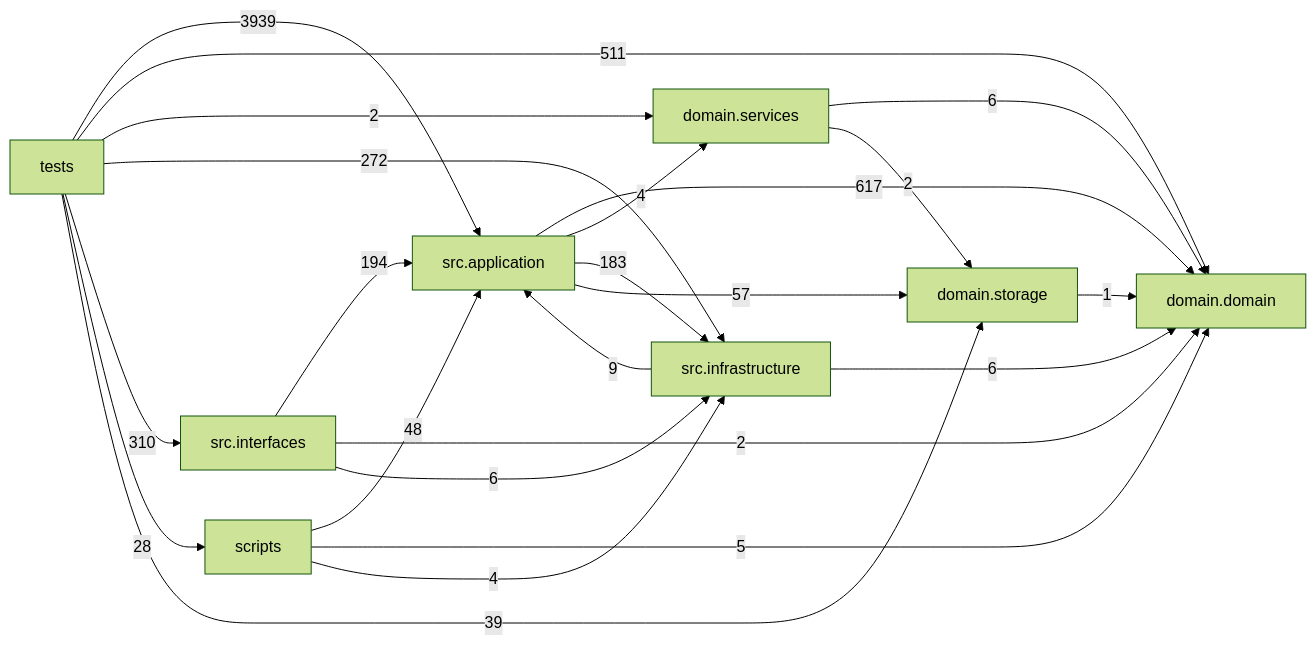
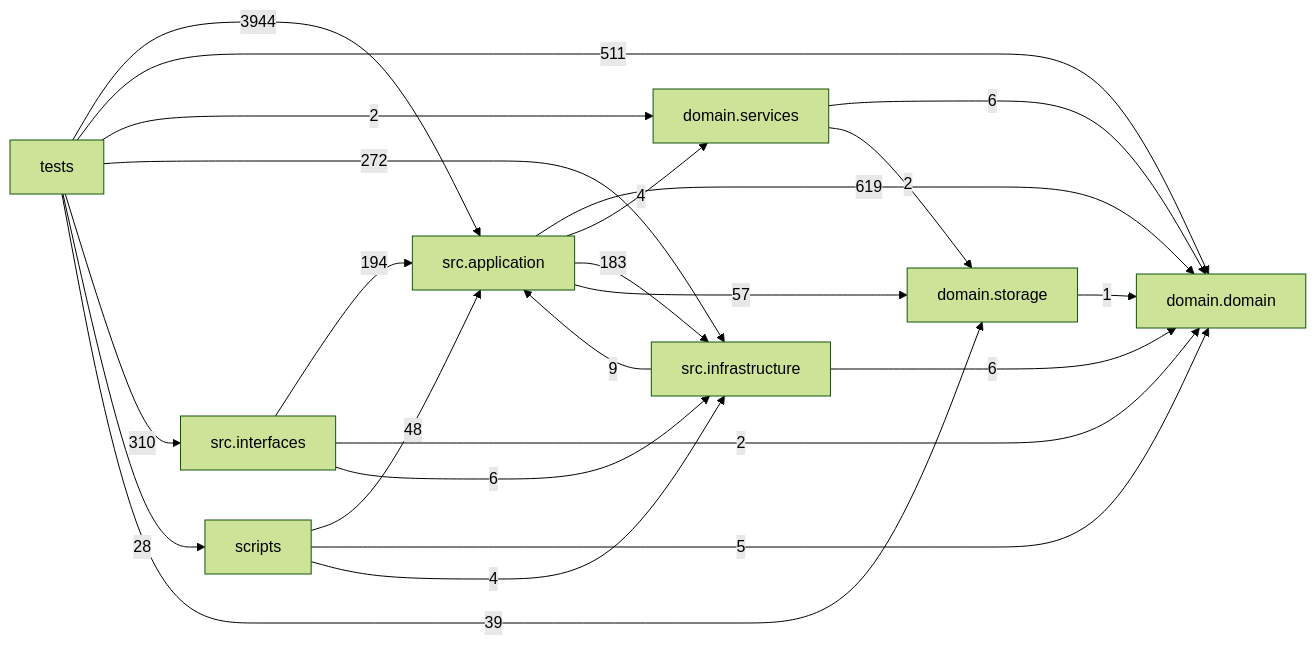
The diagram in docs/DEPENDENCY_GRAPH.md (liuxie066/options-monitor), drawn with Mermaid (forest theme) before and after one commit. The commit also changed other lines of this file and 11 other files, not shown here.

````diff
--- a/docs/DEPENDENCY_GRAPH.md
+++ b/docs/DEPENDENCY_GRAPH.md
@@ -24,33 +24,33 @@
 ```mermaid
 flowchart LR
   tests["tests"]
   scripts["scripts"]
   interfaces["src.interfaces"]
   application["src.application"]
   infrastructure["src.infrastructure"]
   domain_services["domain.services"]
   domain["domain.domain"]
   storage["domain.storage"]
-  application -->|617| domain
+  application -->|619| domain
   application -->|4| domain_services
   application -->|183| infrastructure
   application -->|57| storage
   domain_services -->|6| domain
   domain_services -->|2| storage
   infrastructure -->|9| application
   infrastructure -->|6| domain
   interfaces -->|194| application
   interfaces -->|2| domain
   interfaces -->|6| infrastructure
   scripts -->|48| application
   scripts -->|5| domain
   scripts -->|4| infrastructure
   storage -->|1| domain
-  tests -->|3939| application
+  tests -->|3944| application
   tests -->|511| domain
   tests -->|2| domain_services
   tests -->|272| infrastructure
   tests -->|310| interfaces
   tests -->|28| scripts
   tests -->|39| storage
 ```
````
